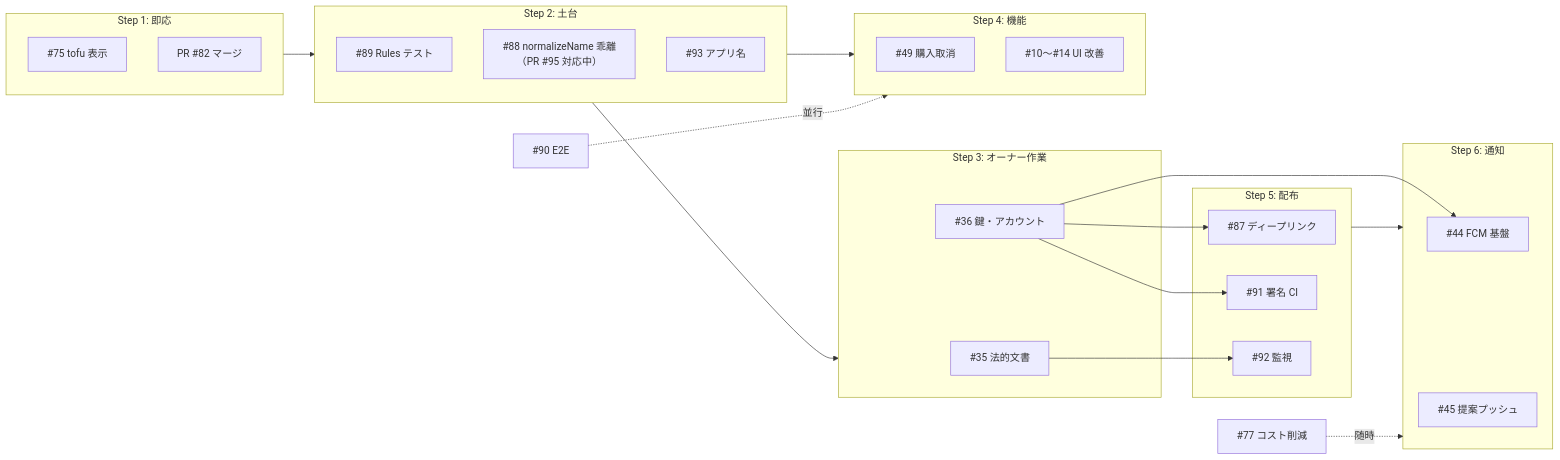
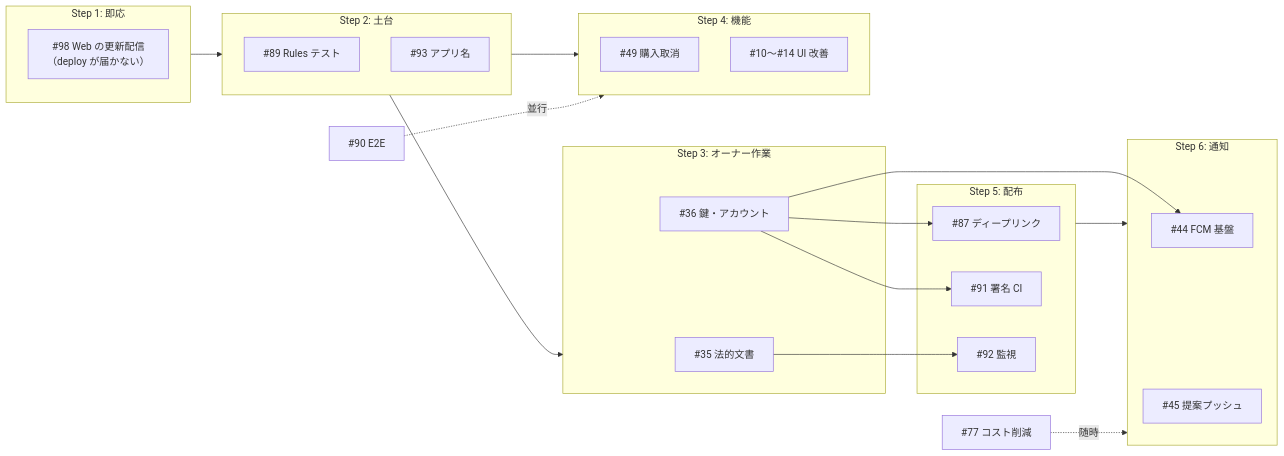
One commit to ekusy/shopping-list-app-flutter changed the diagram in docs/開発計画/実装順序.md. Above: the diagram before and after it, drawn with Mermaid. The commit also changed other lines of this file and 1 other file, not shown here.

````diff
--- a/docs/開発計画/実装順序.md
+++ b/docs/開発計画/実装順序.md
@@ -34,38 +36,36 @@
 ```mermaid
 flowchart LR
     subgraph S1["Step 1: 即応"]
-        A75["#75 tofu 表示"]
-        A82["PR #82 マージ"]
+        A98["#98 Web の更新配信<br/>（deploy が届かない）"]
     end
     subgraph S2["Step 2: 土台"]
         A89["#89 Rules テスト"]
-        A88["#88 normalizeName 乖離<br/>（PR #95 対応中）"]
         A93a["#93 アプリ名"]
     end
     subgraph S3["Step 3: オーナー作業"]
         A35["#35 法的文書"]
         A36["#36 鍵・アカウント"]
     end
     subgraph S4["Step 4: 機能"]
         A49["#49 購入取消"]
         A10["#10〜#14 UI 改善"]
     end
     subgraph S5["Step 5: 配布"]
         A87["#87 ディープリンク"]
         A91["#91 署名 CI"]
         A92["#92 監視"]
     end
     subgraph S6["Step 6: 通知"]
         A44["#44 FCM 基盤"]
         A45["#45 提案プッシュ"]
     end
     S1 --> S2 --> S4
     S2 --> S3
     A35 --> A92
     A36 --> A87
     A36 --> A91
     A36 --> A44
     S5 --> S6
     A90["#90 E2E"] -.並行.-> S4
     A77["#77 コスト削減"] -.随時.-> S6
 ```
````
